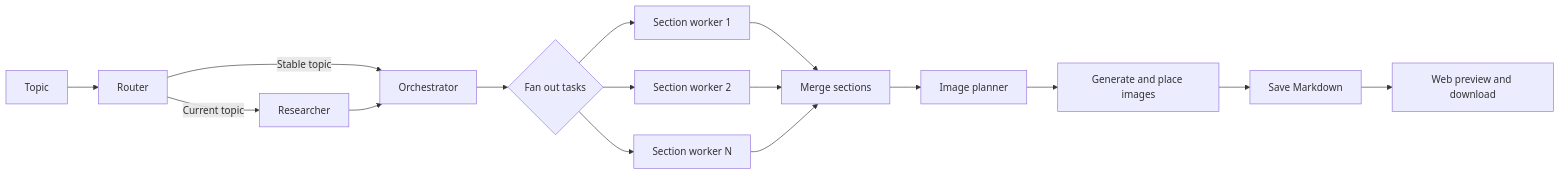
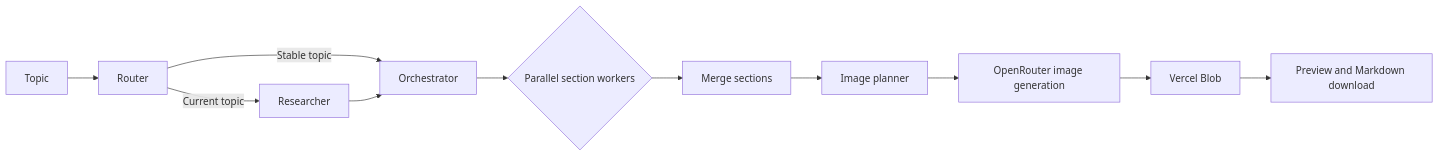
One commit to subramanian252/ai-agent-writer changed the diagram in README.md. Above: the diagram before and after it, drawn with Mermaid. The commit also changed other lines of this file and 17 other files, not shown here.

Commit message:
Prepare FastAPI app for Vercel Blob deployment

````diff
--- a/README.md
+++ b/README.md
@@ -23,18 +19,13 @@
 ```mermaid
 flowchart LR
     A[Topic] --> B[Router]
     B -->|Current topic| C[Researcher]
     B -->|Stable topic| D[Orchestrator]
     C --> D
-    D --> E{Fan out tasks}
-    E --> W1[Section worker 1]
-    E --> W2[Section worker 2]
-    E --> W3[Section worker N]
-    W1 --> F[Merge sections]
-    W2 --> F
-    W3 --> F
+    D --> E{Parallel section workers}
+    E --> F[Merge sections]
     F --> G[Image planner]
-    G --> H[Generate and place images]
-    H --> I[Save Markdown]
-    I --> J[Web preview and download]
+    G --> H[OpenRouter image generation]
+    H --> I[Vercel Blob]
+    I --> J[Preview and Markdown download]
 ```
````
